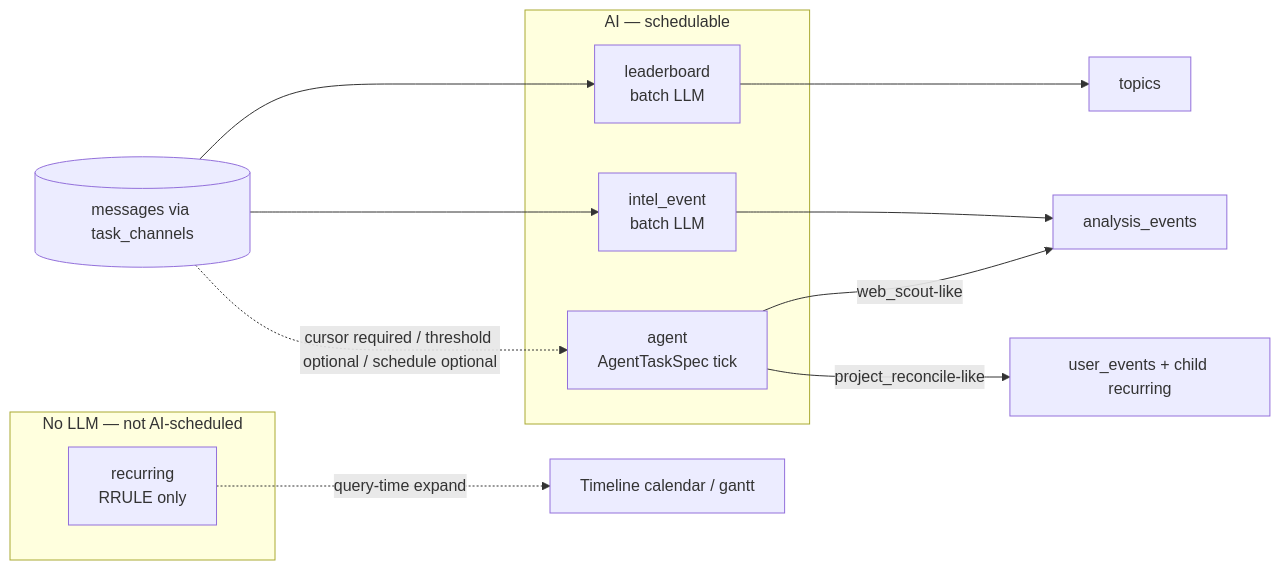
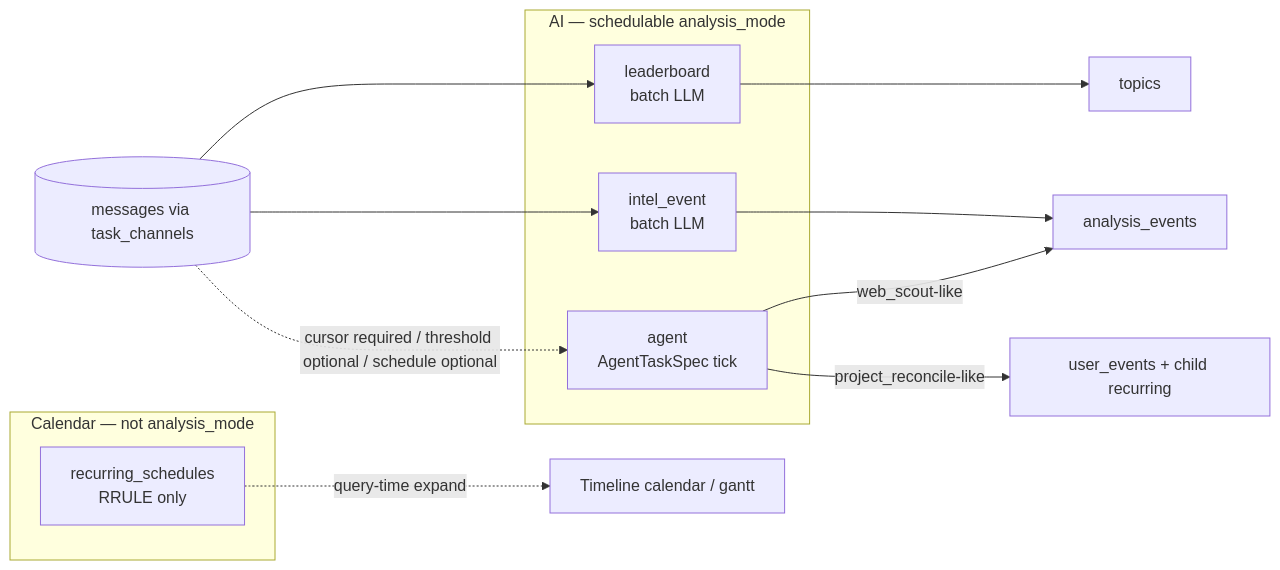
The second of 4 diagrams in docs/diagrams/README.md (Wing9897/im), drawn with Mermaid before and after one commit. The commit also changed other lines of this file and 709 other files, not shown here.

First line of the commit message:
chore: stamp 33 收斂 schema SoT、OpenAPI 型別與技術債

````diff
--- a/docs/diagrams/README.md
+++ b/docs/diagrams/README.md
@@ -63,20 +72,20 @@
 ```mermaid
 flowchart LR
-  subgraph AI["AI — schedulable"]
+  subgraph AI["AI — schedulable analysis_mode"]
     L[leaderboard<br/>batch LLM]
     E[intel_event<br/>batch LLM]
     A[agent<br/>AgentTaskSpec tick]
   end
 
-  subgraph NOAI["No LLM — not AI-scheduled"]
-    R[recurring<br/>RRULE only]
+  subgraph CAL["Calendar — not analysis_mode"]
+    R[recurring_schedules<br/>RRULE only]
   end
 
   MSG[(messages via task_channels)] --> L & E
   MSG -.->|"cursor required / threshold optional / schedule optional"| A
-  R -.->|"query-time expand"| CAL[Timeline calendar / gantt]
+  R -.->|"query-time expand"| CALUI[Timeline calendar / gantt]
   L --> OUT1[topics]
   E --> OUT2[analysis_events]
   A -->|"web_scout-like"| OUT2
   A -->|"project_reconcile-like"| OUT3[user_events + child recurring]
 ```
````
